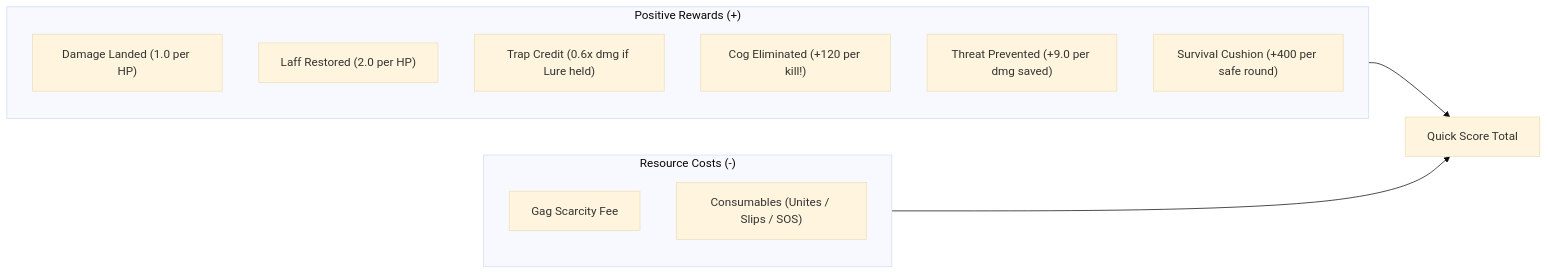
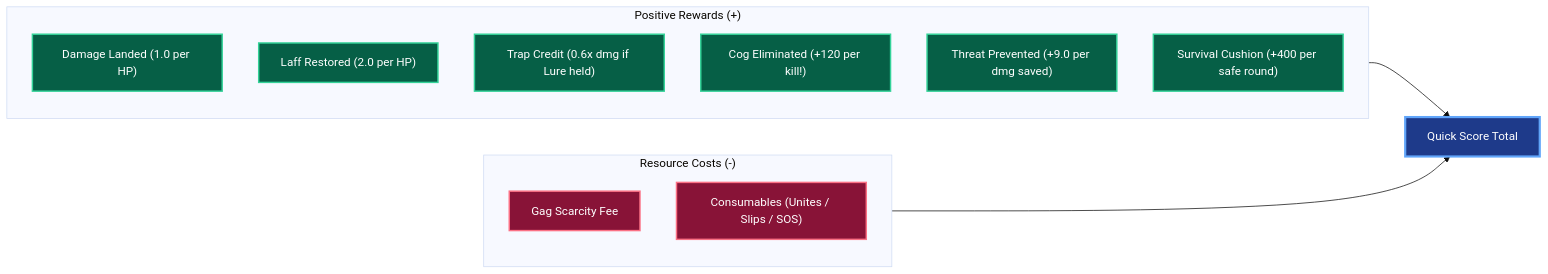
The second of 2 diagrams in docs/scoring.md (Angle-Brackets/TTRSolver), drawn with Mermaid (base theme) before and after one commit. The commit also changed other lines of this file and 9 other files, not shown here.

Commit message:
docs: color-code all Mermaid diagrams with distinct visual themes

````diff
--- a/docs/scoring.md
+++ b/docs/scoring.md
@@ -143,19 +153,27 @@
 ```mermaid
 flowchart LR
+    classDef posNode fill:#065f46,stroke:#34d399,stroke-width:2px,color:#ffffff
+    classDef negNode fill:#881337,stroke:#fb7185,stroke-width:2px,color:#ffffff
+    classDef totNode fill:#1e3a8a,stroke:#60a5fa,stroke-width:3px,color:#ffffff
+
     subgraph Positives["Positive Rewards (+)"]
         D["Damage Landed (1.0 per HP)"]
         H["Laff Restored (2.0 per HP)"]
         T["Trap Credit (0.6x dmg if Lure held)"]
         K["Cog Eliminated (+120 per kill!)"]
         P["Threat Prevented (+9.0 per dmg saved)"]
         S["Survival Cushion (+400 per safe round)"]
     end
 
     subgraph Costs["Resource Costs (-)"]
         GP["Gag Scarcity Fee"]
         SP["Consumables (Unites / Slips / SOS)"]
     end
 
     Positives --> Total["Quick Score Total"]
     Costs --> Total
+
+    class D,H,T,K,P,S posNode
+    class GP,SP negNode
+    class Total totNode
 ```
````
